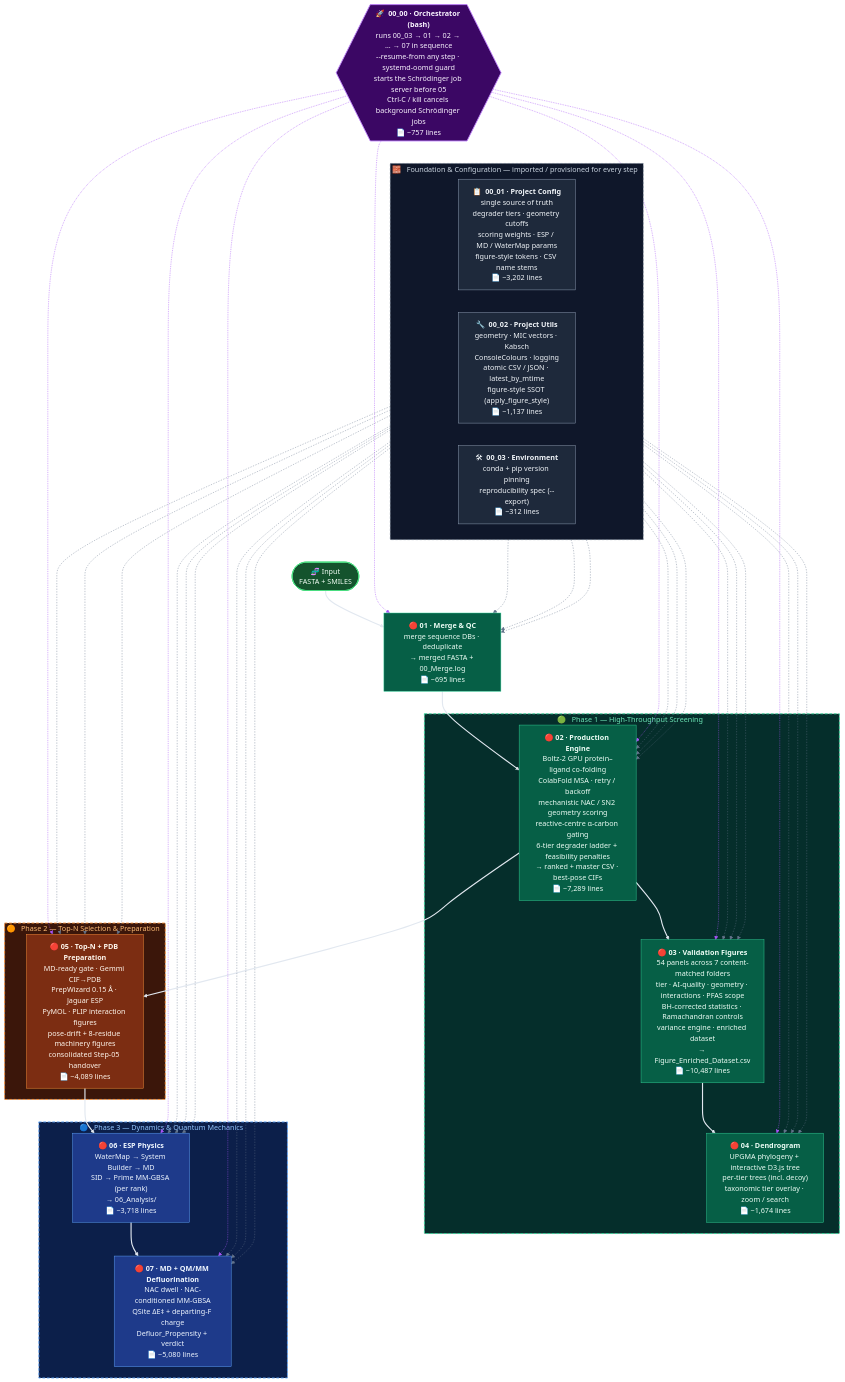
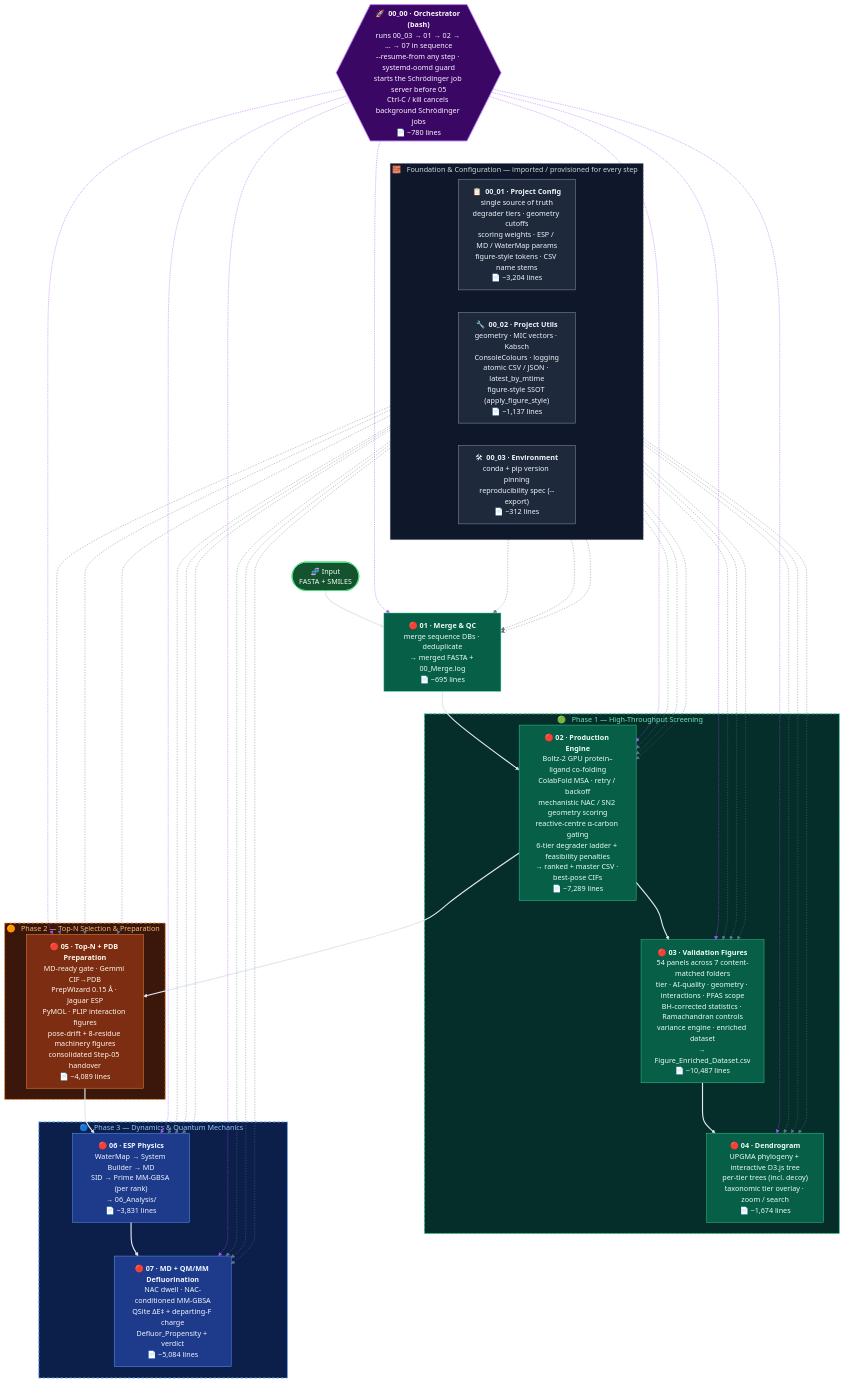
The diagram in README.md (KU-MGB/DeFluorX), drawn with Mermaid before and after one commit. The commit also changed 3 other files, not shown here.

````diff
--- a/README.md
+++ b/README.md
@@ -193,64 +193,64 @@
 ```mermaid
 flowchart TD
-    ORCH{{"🚀 &nbsp;<b>00_00 · Orchestrator (bash)</b><br/>runs 00_03 → 01 → 02 → … → 07 in sequence<br/>--resume-from any step · systemd-oomd guard<br/>starts the Schrödinger job server before 05<br/>Ctrl-C / kill cancels background Schrödinger jobs<br/>📄 ~757 lines"}}:::orch
+    ORCH{{"🚀 &nbsp;<b>00_00 · Orchestrator (bash)</b><br/>runs 00_03 → 01 → 02 → … → 07 in sequence<br/>--resume-from any step · systemd-oomd guard<br/>starts the Schrödinger job server before 05<br/>Ctrl-C / kill cancels background Schrödinger jobs<br/>📄 ~780 lines"}}:::orch
 
     subgraph FOUNDATION["🧱 &nbsp; Foundation &amp; Configuration — imported / provisioned for every step &nbsp;"]
         direction LR
-        CFG["📋 &nbsp;<b>00_01 · Project Config</b><br/>single source of truth<br/>degrader tiers · geometry cutoffs<br/>scoring weights · ESP / MD / WaterMap params<br/>figure-style tokens · CSV name stems<br/>📄 ~3,202 lines"]:::found
+        CFG["📋 &nbsp;<b>00_01 · Project Config</b><br/>single source of truth<br/>degrader tiers · geometry cutoffs<br/>scoring weights · ESP / MD / WaterMap params<br/>figure-style tokens · CSV name stems<br/>📄 ~3,204 lines"]:::found
         UTL["🔧 &nbsp;<b>00_02 · Project Utils</b><br/>geometry · MIC vectors · Kabsch<br/>ConsoleColours · logging<br/>atomic CSV / JSON · latest_by_mtime<br/>figure-style SSOT (apply_figure_style)<br/>📄 ~1,137 lines"]:::found
         ENV["🛠 &nbsp;<b>00_03 · Environment</b><br/>conda + pip version pinning<br/>reproducibility spec (--export)<br/>📄 ~312 lines"]:::found
     end
 
     START(["🧬 Input<br/>FASTA + SMILES"]):::io
     M1["🔴&nbsp;<b>01 · Merge &amp; QC</b><br/>merge sequence DBs · deduplicate<br/>→ merged FASTA + 00_Merge.log<br/>📄 ~695 lines"]:::hts
 
     subgraph PHASE1["🟢 &nbsp; Phase 1 — High-Throughput Screening &nbsp;"]
         M2["🔴&nbsp;<b>02 · Production Engine</b><br/>Boltz-2 GPU protein–ligand co-folding<br/>ColabFold MSA · retry / backoff<br/>mechanistic NAC / SN2 geometry scoring<br/>reactive-centre α-carbon gating<br/>6-tier degrader ladder + feasibility penalties<br/>→ ranked + master CSV · best-pose CIFs<br/>📄 ~7,289 lines"]:::hts
         M3["🔴&nbsp;<b>03 · Validation Figures</b><br/>54 panels across 7 content-matched folders<br/>tier · AI-quality · geometry · interactions · PFAS scope<br/>BH-corrected statistics · Ramachandran controls<br/>variance engine · enriched dataset<br/>→ Figure_Enriched_Dataset.csv<br/>📄 ~10,487 lines"]:::hts
         M4["🔴&nbsp;<b>04 · Dendrogram</b><br/>UPGMA phylogeny + interactive D3.js tree<br/>per-tier trees (incl. decoy)<br/>taxonomic tier overlay · zoom / search<br/>📄 ~1,674 lines"]:::hts
         M2 --> M3 --> M4
     end
 
     subgraph PHASE2["🟠 &nbsp; Phase 2 — Top-N Selection &amp; Preparation &nbsp;"]
         M5["🔴&nbsp;<b>05 · Top-N + PDB Preparation</b><br/>MD-ready gate · Gemmi CIF→PDB<br/>PrepWizard 0.15 Å · Jaguar ESP<br/>PyMOL · PLIP interaction figures<br/>pose-drift + 8-residue machinery figures<br/>consolidated Step-05 handover<br/>📄 ~4,089 lines"]:::prep
     end
 
     subgraph PHASE3["🔵 &nbsp; Phase 3 — Dynamics &amp; Quantum Mechanics &nbsp;"]
-        M6["🔴&nbsp;<b>06 · ESP Physics</b><br/>WaterMap → System Builder → MD<br/>SID → Prime MM-GBSA (per rank)<br/>→ 06_Analysis/<br/>📄 ~3,718 lines"]:::dyn
-        M7["🔴&nbsp;<b>07 · MD + QM/MM Defluorination</b><br/>NAC dwell · NAC-conditioned MM-GBSA<br/>QSite ΔE‡ + departing-F charge<br/>Defluor_Propensity + verdict<br/>📄 ~5,080 lines"]:::dyn
+        M6["🔴&nbsp;<b>06 · ESP Physics</b><br/>WaterMap → System Builder → MD<br/>SID → Prime MM-GBSA (per rank)<br/>→ 06_Analysis/<br/>📄 ~3,831 lines"]:::dyn
+        M7["🔴&nbsp;<b>07 · MD + QM/MM Defluorination</b><br/>NAC dwell · NAC-conditioned MM-GBSA<br/>QSite ΔE‡ + departing-F charge<br/>Defluor_Propensity + verdict<br/>📄 ~5,084 lines"]:::dyn
         M6 --> M7
     end
 
     %% keep orchestrator above foundation above the steps
     ORCH ~~~ FOUNDATION
     FOUNDATION ~~~ START
 
     %% data flow (solid white)
     START --> M1 --> M2
     M2 --> M5 --> M6
 
     %% orchestrator runs each step (fan, routed to the sides)
     ORCH -.-> M1 & M2 & M3 & M4 & M5 & M6 & M7
 
     %% foundation: one fan from each of config / utils / env to every step
     CFG -.-> M1 & M2 & M3 & M4 & M5 & M6 & M7
     UTL -.-> M1 & M2 & M3 & M4 & M5 & M6 & M7
     ENV -.-> M1 & M2 & M3 & M4 & M5 & M6 & M7
 
     classDef io    fill:#14532d,stroke:#4ade80,color:#f0fdf4,stroke-width:2px
     classDef orch  fill:#3b0764,stroke:#c084fc,color:#faf5ff,stroke-width:2px
     classDef found fill:#1e293b,stroke:#94a3b8,color:#f1f5f9
     classDef hts   fill:#065f46,stroke:#34d399,color:#ecfdf5
     classDef prep  fill:#7c2d12,stroke:#fb923c,color:#fff7ed
     classDef dyn   fill:#1e3a8a,stroke:#60a5fa,color:#eff6ff
 
     style FOUNDATION fill:#0f172a,stroke:#64748b,color:#cbd5e1,stroke-width:1px,stroke-dasharray:5 4
     style PHASE1 fill:#052e2b,stroke:#34d399,color:#6ee7b7,stroke-width:2px,stroke-dasharray:6 4
     style PHASE2 fill:#3b160a,stroke:#fb923c,color:#fdba74,stroke-width:2px,stroke-dasharray:6 4
     style PHASE3 fill:#0c1f4a,stroke:#60a5fa,color:#93c5fd,stroke-width:2px,stroke-dasharray:6 4
 
     linkStyle 0,1,2,5,6,7,8 stroke:#e2e8f0,stroke-width:2.5px
     linkStyle 3,4 stroke-width:0px,stroke:none
     linkStyle 9,10,11,12,13,14,15 stroke:#a855f7,stroke-width:1.1px
     linkStyle 16,17,18,19,20,21,22,23,24,25,26,27,28,29,30,31,32,33,34,35,36 stroke:#64748b,stroke-width:0.9px,stroke-dasharray:3 3
 ```
````
